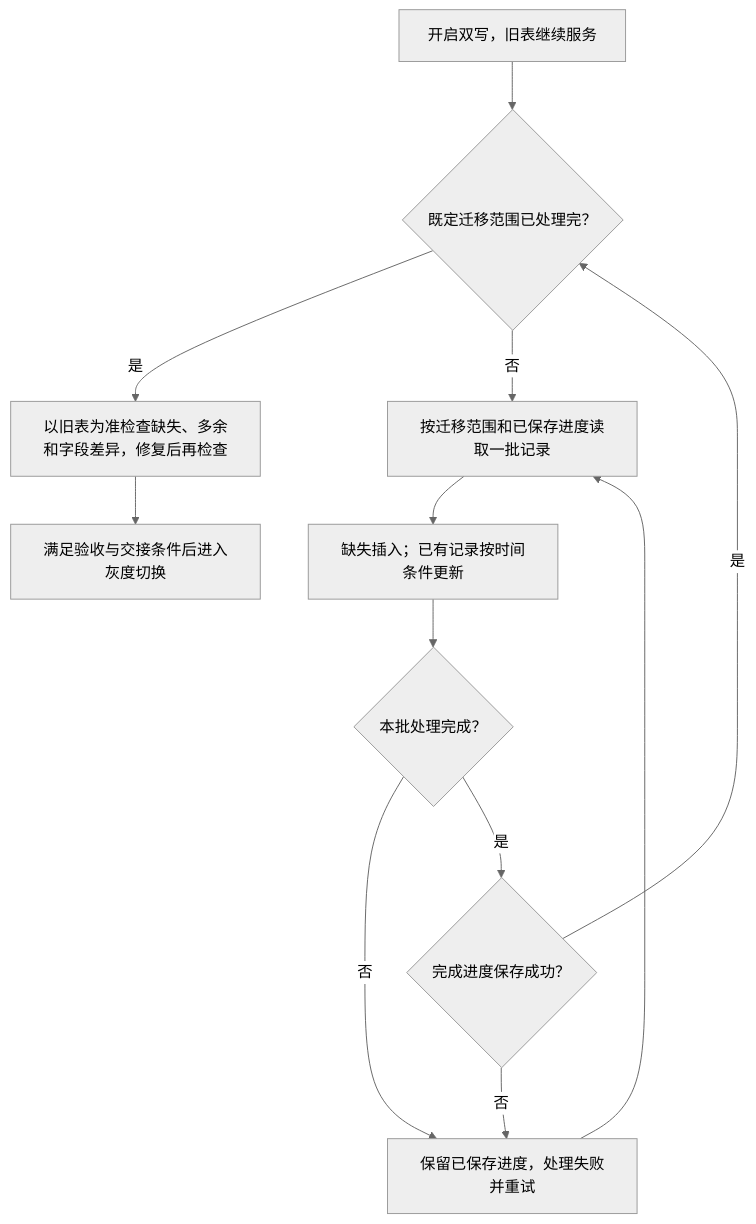
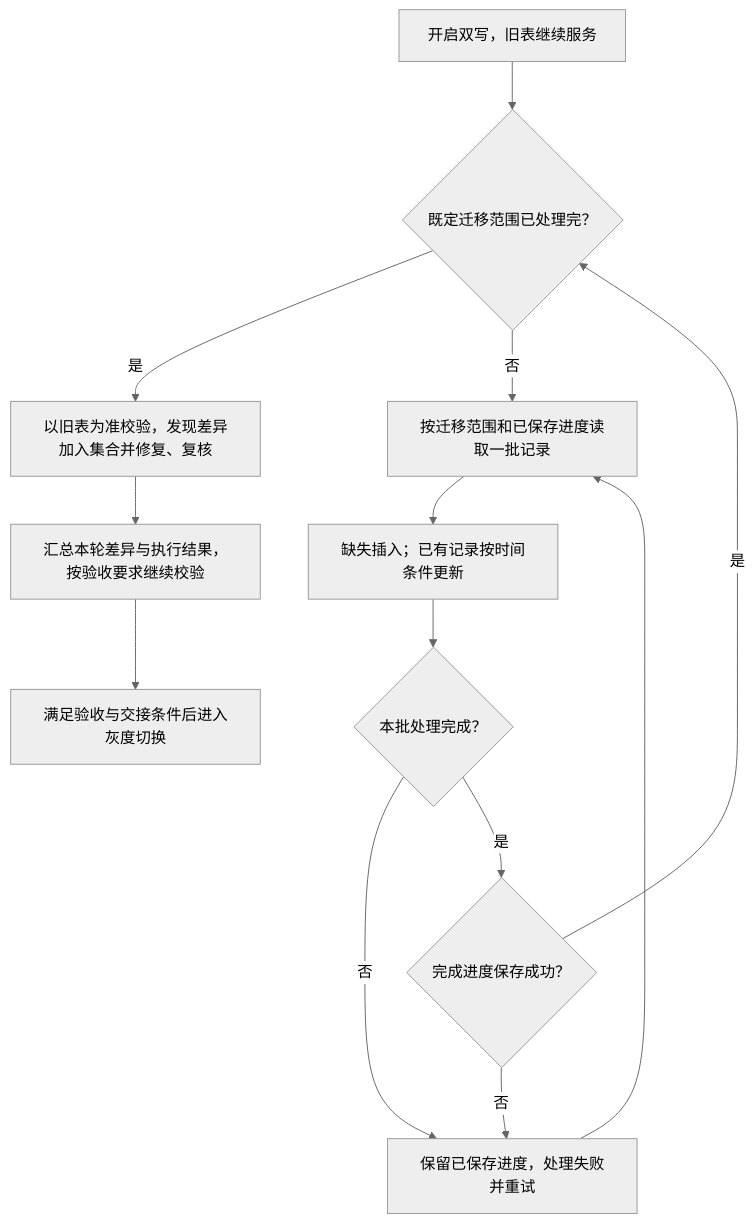
One commit to sunjiayu1105/eas changed the diagram in 002_消费记录分库分表、双写与ES 改造（15）/007_分库分表_在线历史迁移.md. Above: the diagram before and after it, drawn with Mermaid (neutral theme). The commit also changed other lines of this file, not shown here.

````diff
--- a/002_消费记录分库分表、双写与ES 改造（15）/007_分库分表_在线历史迁移.md
+++ b/002_消费记录分库分表、双写与ES 改造（15）/007_分库分表_在线历史迁移.md
@@ -47,15 +47,16 @@
 ```mermaid
 flowchart TD
     A["开启双写，旧表继续服务"] --> R{"既定迁移范围已处理完？"}
     R -->|是| H
     R -->|否| B["按迁移范围和已保存进度读取一批记录"]
     B --> C["缺失插入；已有记录按时间条件更新"]
     C --> D{"本批处理完成？"}
     D -->|否| E["保留已保存进度，处理失败并重试"]
     E --> B
     D -->|是| F{"完成进度保存成功？"}
     F -->|否| E
     F -->|是| R
-    H["以旧表为准检查缺失、多余和字段差异，修复后再检查"]
-    H --> I["满足验收与交接条件后进入灰度切换"]
+    H["以旧表为准校验，发现差异加入集合并修复、复核"]
+    H --> J["汇总本轮差异与执行结果，按验收要求继续校验"]
+    J --> I["满足验收与交接条件后进入灰度切换"]
 ```
````
